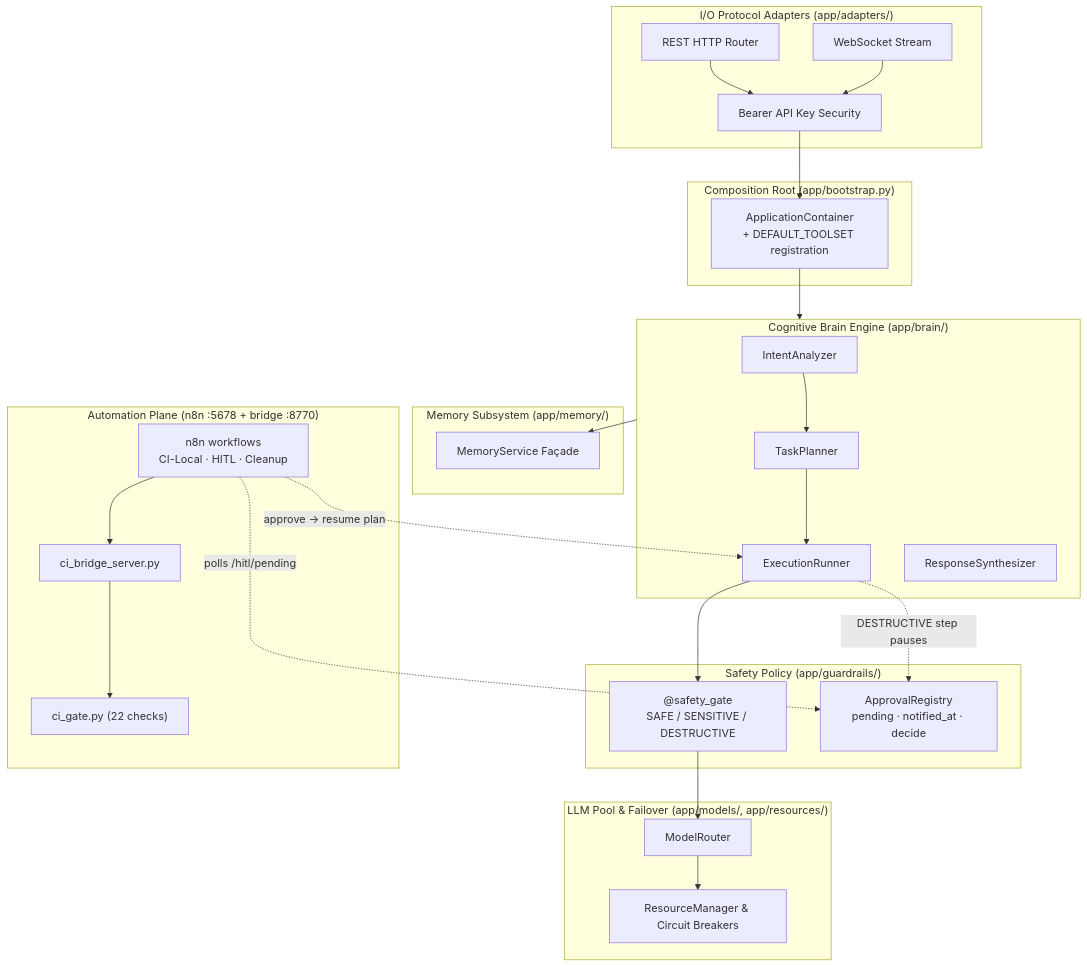
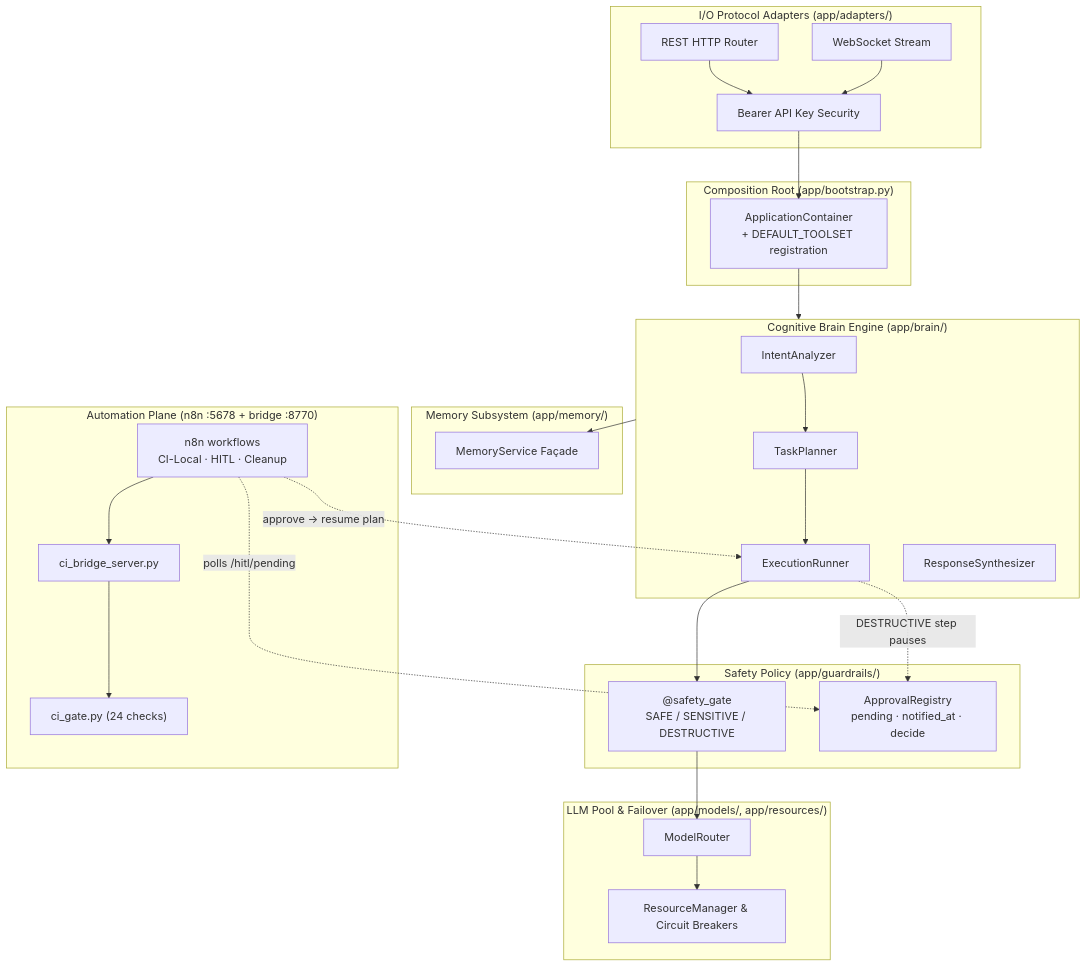
One commit to Er-Sajan-PLG/JARVIS changed the diagram in README.md. Above: the diagram before and after it, drawn with Mermaid. The commit also changed other lines of this file and 14 other files, not shown here.

````diff
--- a/README.md
+++ b/README.md
@@ -70,54 +70,54 @@
 ```mermaid
 flowchart TB
     subgraph ADAPTERS["I/O Protocol Adapters (app/adapters/)"]
         HTTP["REST HTTP Router"]
         WS["WebSocket Stream"]
         AUTH["Bearer API Key Security"]
     end
 
     subgraph BOOTSTRAP["Composition Root (app/bootstrap.py)"]
         CONTAINER["ApplicationContainer<br/>+ DEFAULT_TOOLSET registration"]
     end
 
     subgraph BRAIN["Cognitive Brain Engine (app/brain/)"]
         INTENT["IntentAnalyzer"]
         PLANNER["TaskPlanner"]
         RUNNER["ExecutionRunner"]
         SYNTH["ResponseSynthesizer"]
     end
 
     subgraph GUARDRAILS["Safety Policy (app/guardrails/)"]
         GATE["@safety_gate<br/>SAFE / SENSITIVE / DESTRUCTIVE"]
         APPROVALS["ApprovalRegistry<br/>pending · notified_at · decide"]
     end
 
     subgraph MODELS["LLM Pool & Failover (app/models/, app/resources/)"]
         ROUTER["ModelRouter"]
         RESMAN["ResourceManager & Circuit Breakers"]
     end
 
     subgraph MEMORY["Memory Subsystem (app/memory/)"]
         SERVICE["MemoryService Façade"]
     end
 
     subgraph AUTOMATION["Automation Plane (n8n :5678 + bridge :8770)"]
         N8N["n8n workflows<br/>CI-Local · HITL · Cleanup"]
         BRIDGE["ci_bridge_server.py"]
-        CGATE["ci_gate.py (22 checks)"]
+        CGATE["ci_gate.py (<!--fact:gate_count-->24<!--/fact--> checks)"]
     end
 
     HTTP --> AUTH
     WS --> AUTH
     AUTH --> CONTAINER
     CONTAINER --> BRAIN
     INTENT --> PLANNER
     PLANNER --> RUNNER
     RUNNER --> GATE
     GATE --> ROUTER
     ROUTER --> RESMAN
     BRAIN --> SERVICE
     RUNNER -. "DESTRUCTIVE step pauses" .-> APPROVALS
     N8N --> BRIDGE --> CGATE
     N8N -. "polls /hitl/pending" .-> APPROVALS
     N8N -. "approve → resume plan" .-> RUNNER
 ```
````
